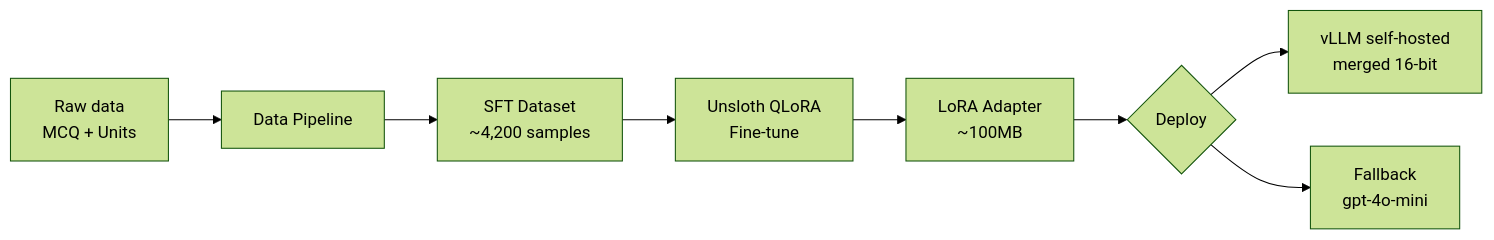
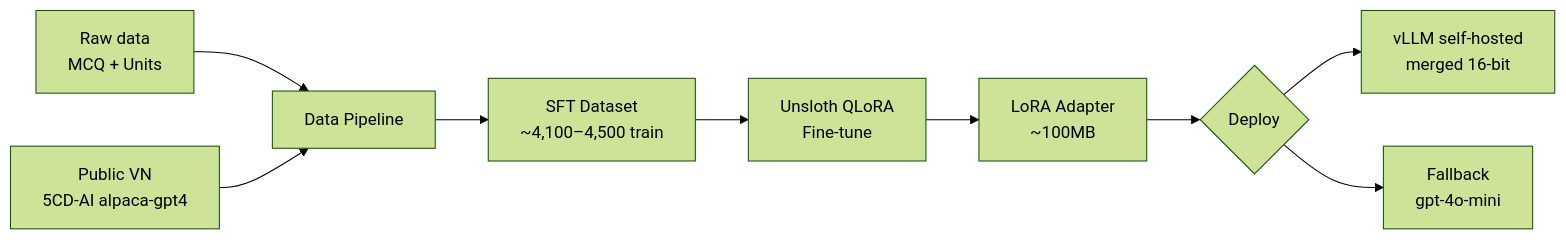
The first of 4 diagrams in fine-tune-chatbot/PIPELINE.md (luannnguyenai/team49-backup), drawn with Mermaid (forest theme) before and after one commit. The commit also changed other lines of this file, not shown here.

````diff
--- a/fine-tune-chatbot/PIPELINE.md
+++ b/fine-tune-chatbot/PIPELINE.md
@@ -7,10 +9,11 @@
 ```mermaid
 flowchart LR
-    A[Raw data\nMCQ + Units] --> B[Data Pipeline]
-    B --> C[SFT Dataset\n~4,200 samples]
-    C --> D[Unsloth QLoRA\nFine-tune]
-    D --> E[LoRA Adapter\n~100MB]
+    A[Raw data<br/>MCQ + Units] --> B[Data Pipeline]
+    V[Public VN<br/>5CD-AI alpaca-gpt4] --> B
+    B --> C[SFT Dataset<br/>~4,100–4,500 train]
+    C --> D[Unsloth QLoRA<br/>Fine-tune]
+    D --> E[LoRA Adapter<br/>~100MB]
     E --> F{Deploy}
-    F --> G[vLLM self-hosted\nmerged 16-bit]
-    F --> H[Fallback\ngpt-4o-mini]
+    F --> G[vLLM self-hosted<br/>merged 16-bit]
+    F --> H[Fallback<br/>gpt-4o-mini]
 ```
````
